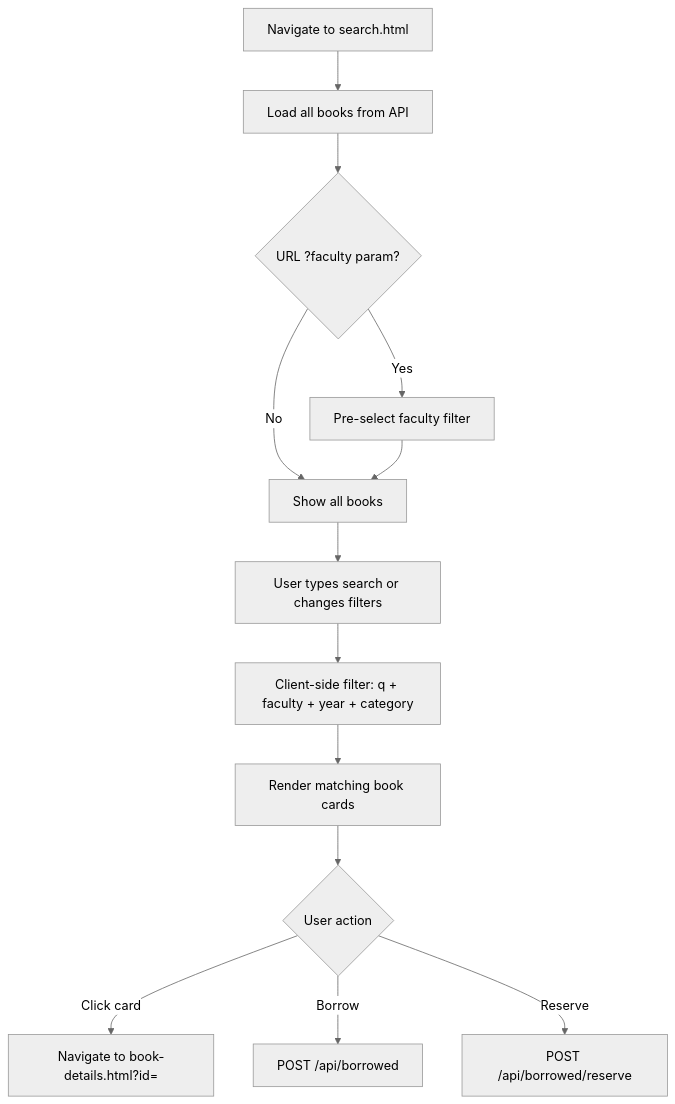
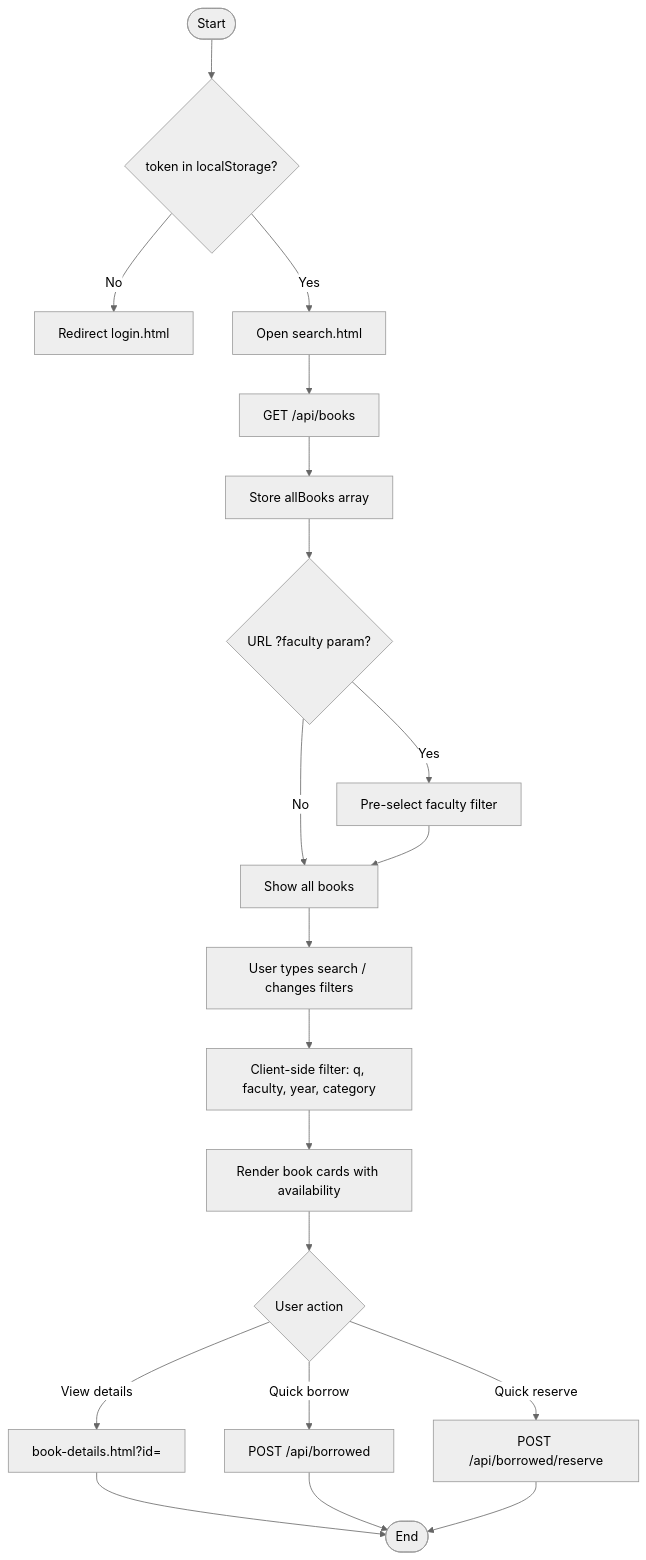
The eighth of 17 diagrams in DOCUMENTATION.md (ayatkady/eelu-library-hub), drawn with Mermaid (neutral theme) before and after one commit. The commit also changed other lines of this file and 21 other files, not shown here.

````diff
--- a/DOCUMENTATION.md
+++ b/DOCUMENTATION.md
@@ -1371,15 +2143,22 @@
 ```mermaid
 flowchart TD
-    A[Navigate to search.html] --> B[Load all books from API]
-    B --> C{URL ?faculty param?}
-    C -- Yes --> D[Pre-select faculty filter]
-    C -- No --> E[Show all books]
-    D --> E
-    E --> F[User types search or changes filters]
-    F --> G[Client-side filter: q + faculty + year + category]
-    G --> H[Render matching book cards]
-    H --> I{User action}
-    I -- Click card --> J[Navigate to book-details.html?id=]
-    I -- Borrow --> K[POST /api/borrowed]
-    I -- Reserve --> L[POST /api/borrowed/reserve]
+    A([Start]) --> B{token in localStorage?}
+    B -- No --> C[Redirect login.html]
+    B -- Yes --> D[Open search.html]
+    D --> E[GET /api/books]
+    E --> F[Store allBooks array]
+    F --> G{URL ?faculty param?}
+    G -- Yes --> H[Pre-select faculty filter]
+    G -- No --> I[Show all books]
+    H --> I
+    I --> J[User types search / changes filters]
+    J --> K[Client-side filter: q, faculty, year, category]
+    K --> L[Render book cards with availability]
+    L --> M{User action}
+    M -- View details --> N[book-details.html?id=]
+    M -- Quick borrow --> O[POST /api/borrowed]
+    M -- Quick reserve --> P[POST /api/borrowed/reserve]
+    N --> Q([End])
+    O --> Q
+    P --> Q
 ```
````
